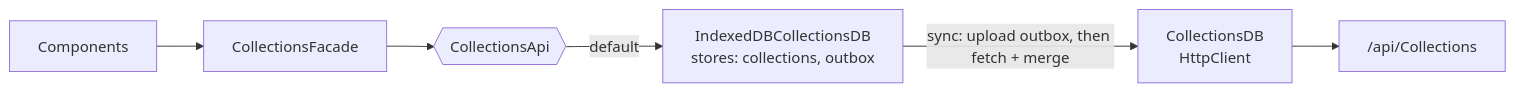
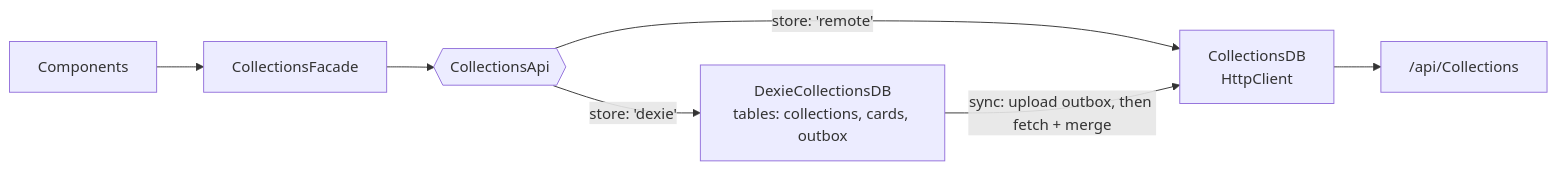
The third of 3 diagrams in SaveApp-UI/README.md (Assaviv/CollectionsProject), drawn with Mermaid before and after one commit. The commit also changed other lines of this file and 14 other files, not shown here.

First line of the commit message:
feat(data-access): add Dexie-backed local-first store with separate cards table (#27)

````diff
--- a/SaveApp-UI/README.md
+++ b/SaveApp-UI/README.md
@@ -95,8 +95,9 @@
 ```mermaid
 flowchart LR
     C[Components] --> F[CollectionsFacade]
     F --> API{{"CollectionsApi"}}
-    API -->|default| IDB["IndexedDBCollectionsDB<br/>stores: collections, outbox"]
-    IDB -->|"sync: upload outbox, then fetch + merge"| REM["CollectionsDB<br/>HttpClient"]
+    API -->|"store: 'dexie'"| DX["DexieCollectionsDB<br/>tables: collections, cards, outbox"]
+    API -->|"store: 'remote'"| REM
+    DX -->|"sync: upload outbox, then fetch + merge"| REM["CollectionsDB<br/>HttpClient"]
     REM --> GW["/api/Collections"]
 ```
````
